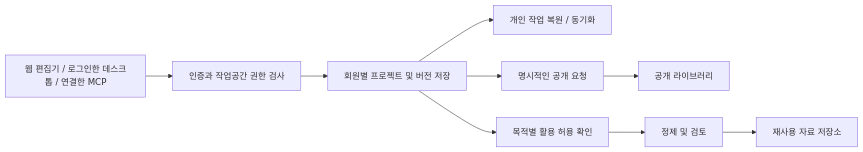
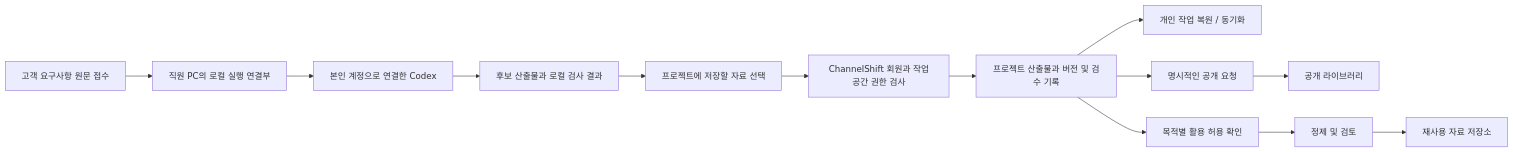
Before and after one commit to hayansnapofficial-cmd/channelshift: the diagram in docs/MEMBER_PLATFORM.md, drawn with Mermaid. The commit also changed other lines of this file and 38 other files, not shown here.

Commit message:
Add source-first delivery intake and schema impact preview

````diff
--- a/docs/MEMBER_PLATFORM.md
+++ b/docs/MEMBER_PLATFORM.md
@@ -57,11 +65,15 @@
 ```mermaid
 flowchart LR
-  A[웹 편집기 / 로그인한 데스크톱 / 연결한 MCP] --> B[인증과 작업공간 권한 검사]
-  B --> C[회원별 프로젝트 및 버전 저장]
+  A[고객 요구사항 원문 접수] --> L[직원 PC의 로컬 실행 연결부]
+  L --> X[본인 계정으로 연결한 Codex]
+  X --> R[후보 산출물과 로컬 검사 결과]
+  R --> P[프로젝트에 저장할 자료 선택]
+  P --> B[ChannelShift 회원과 작업공간 권한 검사]
+  B --> C[프로젝트 산출물과 버전 및 검수 기록]
   C --> D[개인 작업 복원 / 동기화]
   C --> E[명시적인 공개 요청]
   E --> F[공개 라이브러리]
   C --> G[목적별 활용 허용 확인]
   G --> H[정제 및 검토]
   H --> I[재사용 자료 저장소]
 ```
````
